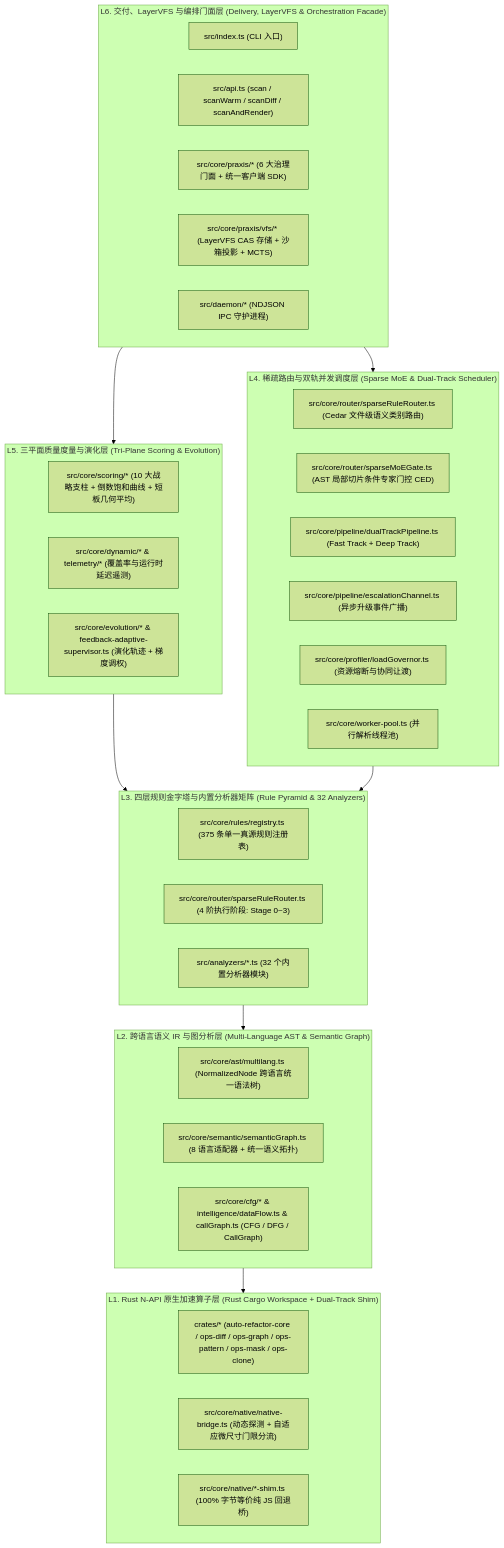
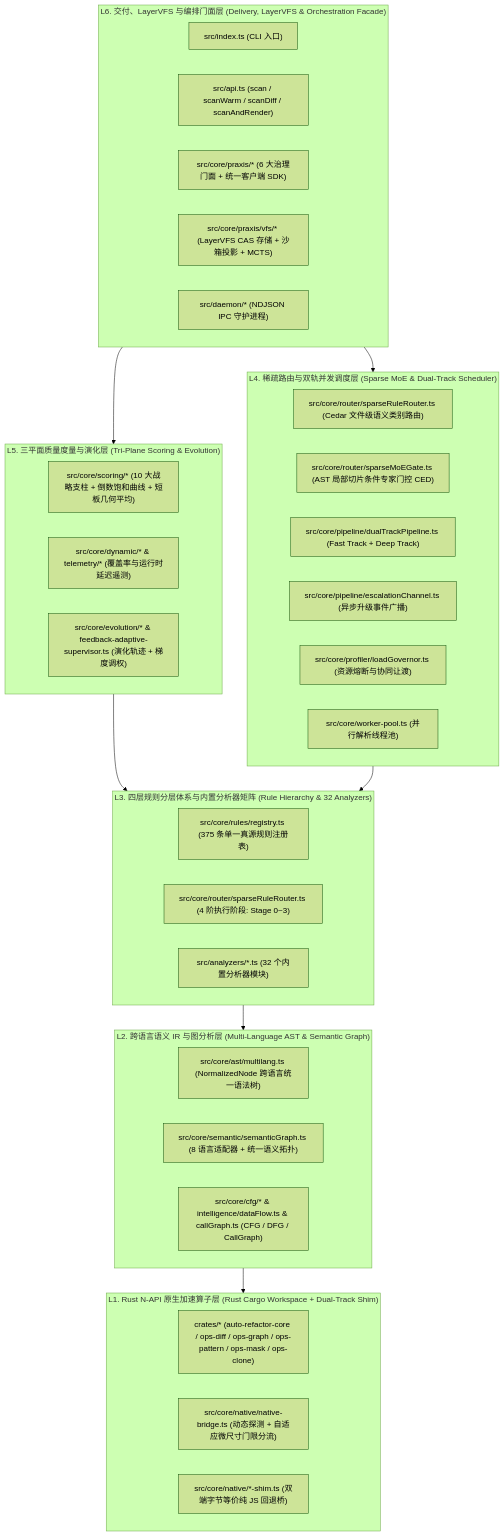
One commit to guilingzhouyi-creator/vscode-extensions changed the first of 2 diagrams in auto-refactor/docs/01-architecture/01-system-overview.md. Above: the diagram before and after it, drawn with Mermaid (forest theme). The commit also changed other lines of this file and 15 other files, not shown here.

````diff
--- a/auto-refactor/docs/01-architecture/01-system-overview.md
+++ b/auto-refactor/docs/01-architecture/01-system-overview.md
@@ -12,50 +12,50 @@
 ```mermaid
 flowchart TD
   subgraph L6["L6. 交付、LayerVFS 与编排门面层 (Delivery, LayerVFS & Orchestration Facade)"]
     CLI["src/index.ts (CLI 入口)"]
     API["src/api.ts (scan / scanWarm / scanDiff / scanAndRender)"]
     PRAXIS["src/core/praxis/* (6 大治理门面 + 统一客户端 SDK)"]
     VFS["src/core/praxis/vfs/* (LayerVFS CAS 存储 + 沙箱投影 + MCTS)"]
     DAEMON["src/daemon/* (NDJSON IPC 守护进程)"]
   end
 
   subgraph L5["L5. 三平面质量度量与演化层 (Tri-Plane Scoring & Evolution)"]
     STATIC["src/core/scoring/* (10 大战略支柱 + 倒数饱和曲线 + 短板几何平均)"]
     DYNAMIC["src/core/dynamic/* & telemetry/* (覆盖率与运行时延迟遥测)"]
     EVOL["src/core/evolution/* & feedback-adaptive-supervisor.ts (演化轨迹 + 梯度调权)"]
   end
 
   subgraph L4["L4. 稀疏路由与双轨并发调度层 (Sparse MoE & Dual-Track Scheduler)"]
     ROUTER["src/core/router/sparseRuleRouter.ts (Cedar 文件级语义类别路由)"]
     MOE["src/core/router/sparseMoEGate.ts (AST 局部切片条件专家门控 CED)"]
     DUAL["src/core/pipeline/dualTrackPipeline.ts (Fast Track + Deep Track)"]
     ESCALATE["src/core/pipeline/escalationChannel.ts (异步升级事件广播)"]
     GOVERNOR["src/core/profiler/loadGovernor.ts (资源熔断与协同让渡)"]
     POOL["src/core/worker-pool.ts (并行解析线程池)"]
   end
 
-  subgraph L3["L3. 四层规则金字塔与内置分析器矩阵 (Rule Pyramid & 32 Analyzers)"]
+  subgraph L3["L3. 四层规则分层体系与内置分析器矩阵 (Rule Hierarchy & 32 Analyzers)"]
     REG["src/core/rules/registry.ts (375 条单一真源规则注册表)"]
     STAGES["src/core/router/sparseRuleRouter.ts (4 阶执行阶段: Stage 0~3)"]
     ANALYZERS["src/analyzers/*.ts (32 个内置分析器模块)"]
   end
 
   subgraph L2["L2. 跨语言语义 IR 与图分析层 (Multi-Language AST & Semantic Graph)"]
     AST["src/core/ast/multilang.ts (NormalizedNode 跨语言统一语法树)"]
     GRAPH["src/core/semantic/semanticGraph.ts (8 语言适配器 + 统一语义拓扑)"]
     FLOW["src/core/cfg/* & intelligence/dataFlow.ts & callGraph.ts (CFG / DFG / CallGraph)"]
   end
 
   subgraph L1["L1. Rust N-API 原生加速算子层 (Rust Cargo Workspace + Dual-Track Shim)"]
     CRATES["crates/* (auto-refactor-core / ops-diff / ops-graph / ops-pattern / ops-mask / ops-clone)"]
     BRIDGE["src/core/native/native-bridge.ts (动态探测 + 自适应微尺寸门限分流)"]
-    SHIM["src/core/native/*-shim.ts (100% 字节等价纯 JS 回退桥)"]
+    SHIM["src/core/native/*-shim.ts (双端字节等价纯 JS 回退桥)"]
   end
 
   L6 --> L5
   L6 --> L4
   L5 --> L3
   L4 --> L3
   L3 --> L2
   L2 --> L1
 ```
````
